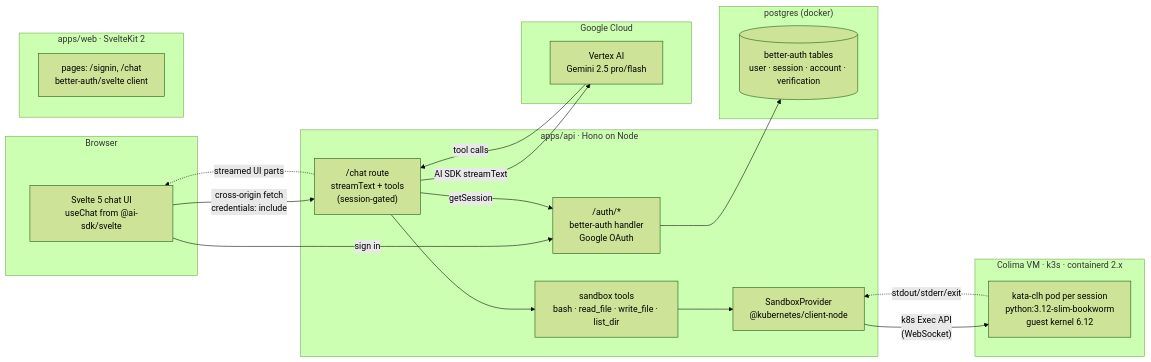
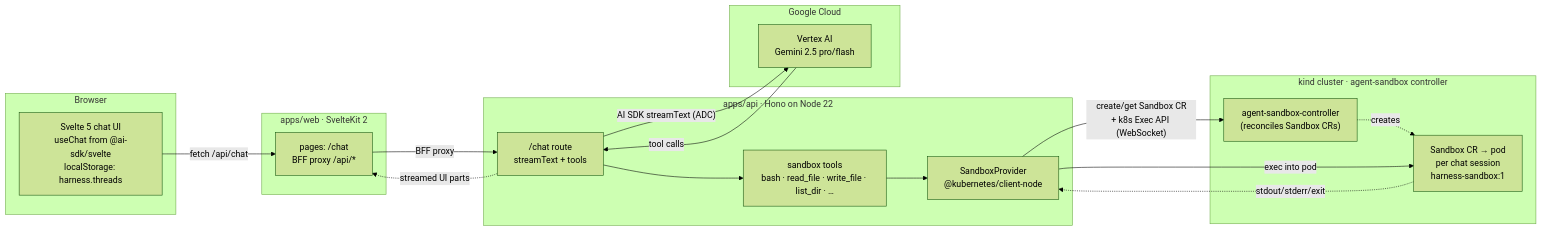
One commit to mikiastilahun/harness changed the first of 2 diagrams in README.md. Above: the diagram before and after it, drawn with Mermaid (forest theme). The commit also changed other lines of this file and 45 other files, not shown here.

````diff
--- a/README.md
+++ b/README.md
@@ -52,41 +41,37 @@
 ```mermaid
 flowchart LR
   subgraph Browser
-    UI[Svelte 5 chat UI<br/>useChat from @ai-sdk/svelte]
+    UI[Svelte 5 chat UI<br/>useChat from @ai-sdk/svelte<br/>localStorage: harness.threads]
   end
 
   subgraph SvelteKit["apps/web · SvelteKit 2"]
-    Pages["pages: /signin, /chat<br/>better-auth/svelte client"]
+    Pages["pages: /chat<br/>BFF proxy /api/*"]
   end
 
-  subgraph Hono["apps/api · Hono on Node"]
-    Auth["/auth/*<br/>better-auth handler<br/>Google OAuth"]
-    Chat["/chat route<br/>streamText + tools<br/>(session-gated)"]
-    Tools["sandbox tools<br/>bash · read_file · write_file · list_dir"]
+  subgraph Hono["apps/api · Hono on Node 22"]
+    Chat["/chat route<br/>streamText + tools"]
+    Tools["sandbox tools<br/>bash · read_file · write_file · list_dir · …"]
     Provider["SandboxProvider<br/>@kubernetes/client-node"]
-  end
-
-  subgraph Postgres["postgres (docker)"]
-    DB[(better-auth tables<br/>user · session · account · verification)]
   end
 
   subgraph GCP[Google Cloud]
     Vertex[Vertex AI<br/>Gemini 2.5 pro/flash]
   end
 
-  subgraph Kata["Colima VM · k3s · containerd 2.x"]
-    Pod["kata-clh pod per session<br/>python:3.12-slim-bookworm<br/>guest kernel 6.12"]
+  subgraph Kind["kind cluster · agent-sandbox controller"]
+    Ctrl["agent-sandbox-controller<br/>(reconciles Sandbox CRs)"]
+    Pod["Sandbox CR → pod<br/>per chat session<br/>harness-sandbox:1"]
+    Ctrl -.creates.-> Pod
   end
 
-  UI -->|"cross-origin fetch<br/>credentials: include"| Chat
-  UI -->|"sign in"| Auth
-  Auth --> DB
-  Chat -->|"getSession"| Auth
-  Chat -->|"AI SDK streamText"| Vertex
+  UI -->|"fetch /api/chat"| Pages
+  Pages -->|"BFF proxy"| Chat
+  Chat -->|"AI SDK streamText (ADC)"| Vertex
   Vertex -->|"tool calls"| Chat
   Chat --> Tools
   Tools --> Provider
-  Provider -->|"k8s Exec API<br/>(WebSocket)"| Pod
+  Provider -->|"create/get Sandbox CR<br/>+ k8s Exec API (WebSocket)"| Ctrl
+  Provider -->|"exec into pod"| Pod
   Pod -.->|"stdout/stderr/exit"| Provider
-  Chat -.->|"streamed UI parts"| UI
+  Chat -.->|"streamed UI parts"| Pages
 ```
````
